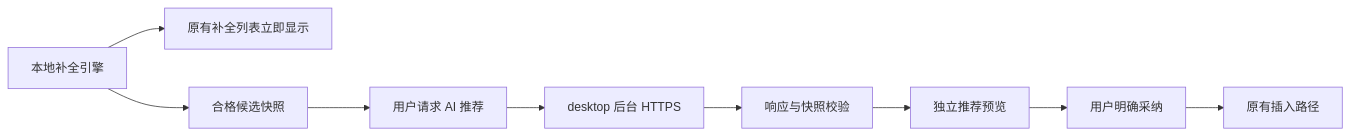
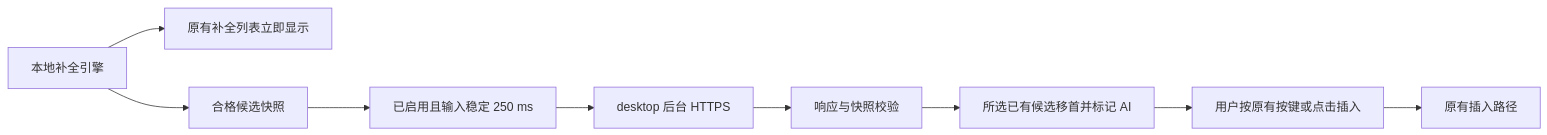
The diagram in docs/jev-接入计划.md (codeime/Fastab), drawn with Mermaid before and after one commit. The commit also changed other lines of this file, not shown here.

````diff
--- a/docs/jev-接入计划.md
+++ b/docs/jev-接入计划.md
@@ -49,11 +49,11 @@
 ```mermaid
 flowchart LR
   E[本地补全引擎] --> L[原有补全列表立即显示]
   E --> S[合格候选快照]
-  S --> U[用户请求 AI 推荐]
+  S --> U[已启用且输入稳定 250 ms]
   U --> J[desktop 后台 HTTPS]
   J --> V[响应与快照校验]
-  V --> P[独立推荐预览]
-  P --> A[用户明确采纳]
+  V --> P[所选已有候选移首并标记 AI]
+  P --> A[用户按原有按键或点击插入]
   A --> I[原有插入路径]
 ```
````
